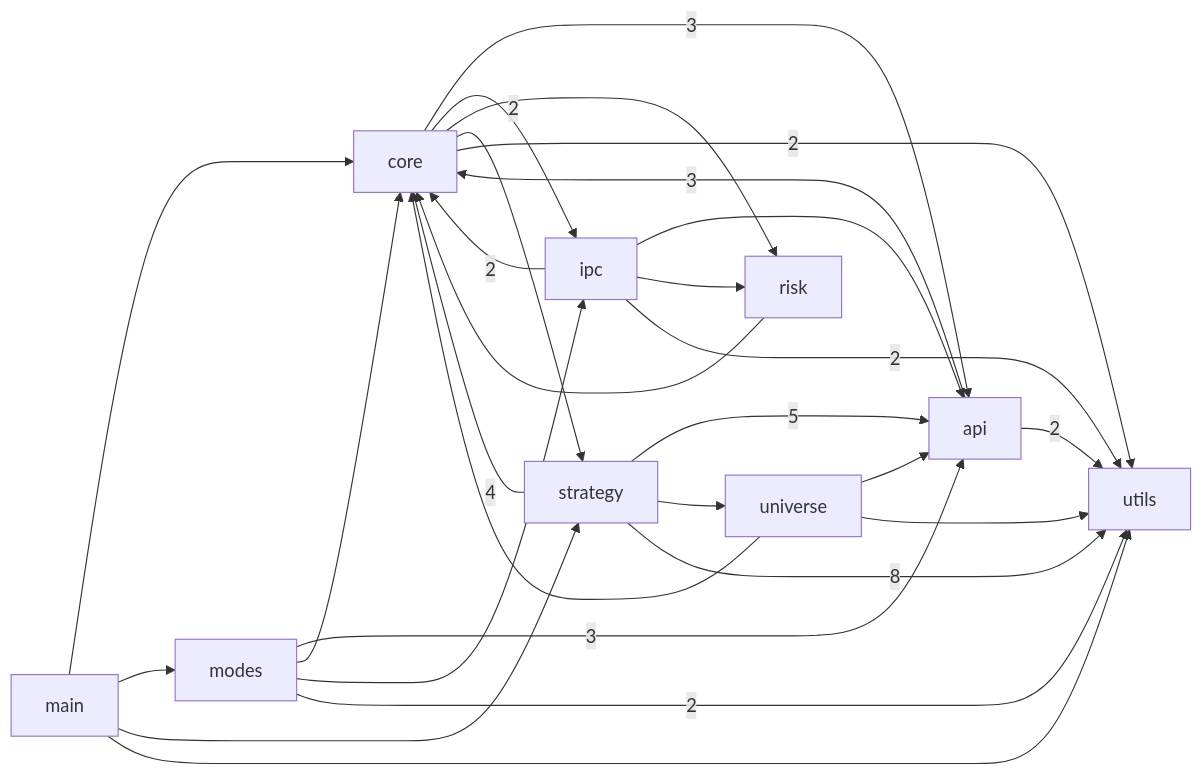
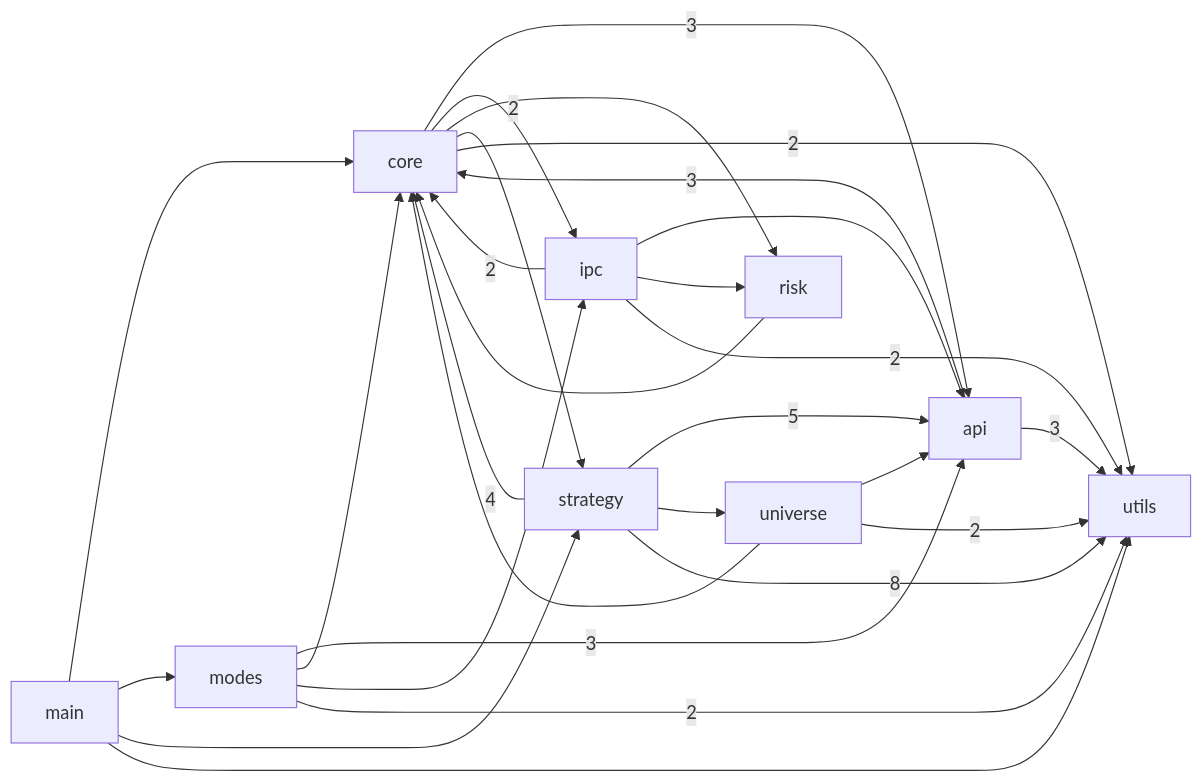
One commit to pypy8171/Quant changed the first of 2 diagrams in docs/CODE_GRAPH.md. Above: the diagram before and after it, drawn with Mermaid. The commit also changed other lines of this file and 4 other files, not shown here.

````diff
--- a/docs/CODE_GRAPH.md
+++ b/docs/CODE_GRAPH.md
@@ -10,39 +10,39 @@
 ```mermaid
 graph LR
   main[main]
   modes[modes]
   core[core]
   strategy[strategy]
   api[api]
   universe[universe]
   risk[risk]
   ipc[ipc]
   utils[utils]
   api -->|3| core
-  api -->|2| utils
+  api -->|3| utils
   core -->|3| api
   core -->|2| ipc
   core --> risk
   core --> strategy
   core -->|2| utils
   ipc --> api
   ipc -->|2| core
   ipc --> risk
   ipc -->|2| utils
   main --> core
   main --> modes
   main --> strategy
   main --> utils
   modes -->|3| api
   modes --> core
   modes --> ipc
   modes -->|2| utils
   risk --> core
   strategy -->|5| api
   strategy -->|4| core
   strategy --> universe
   strategy -->|8| utils
   universe --> api
   universe --> core
-  universe --> utils
+  universe -->|2| utils
 ```
````
